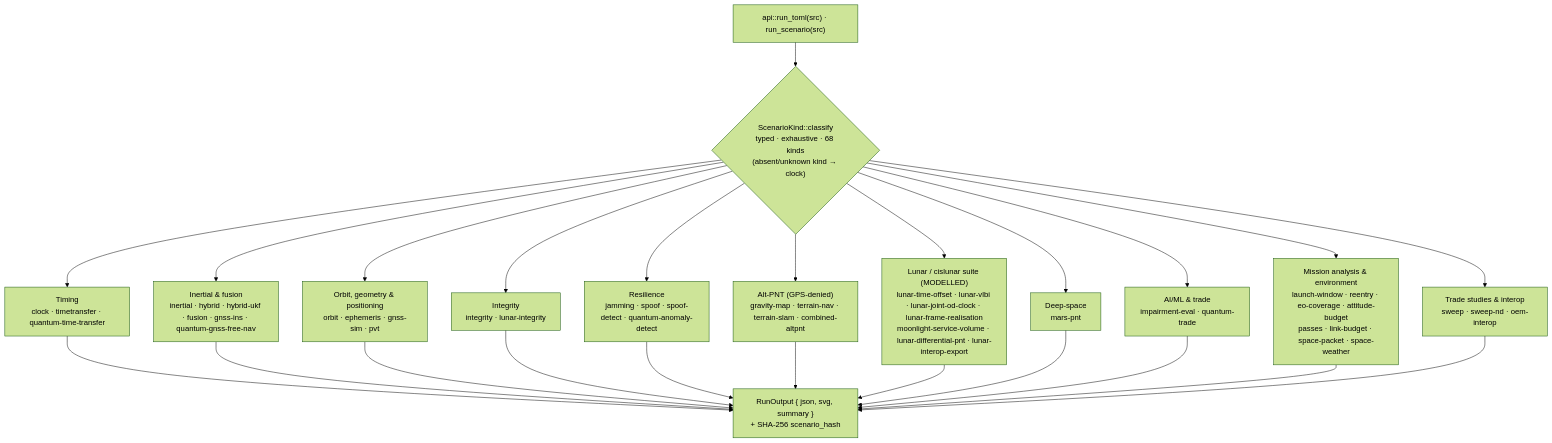
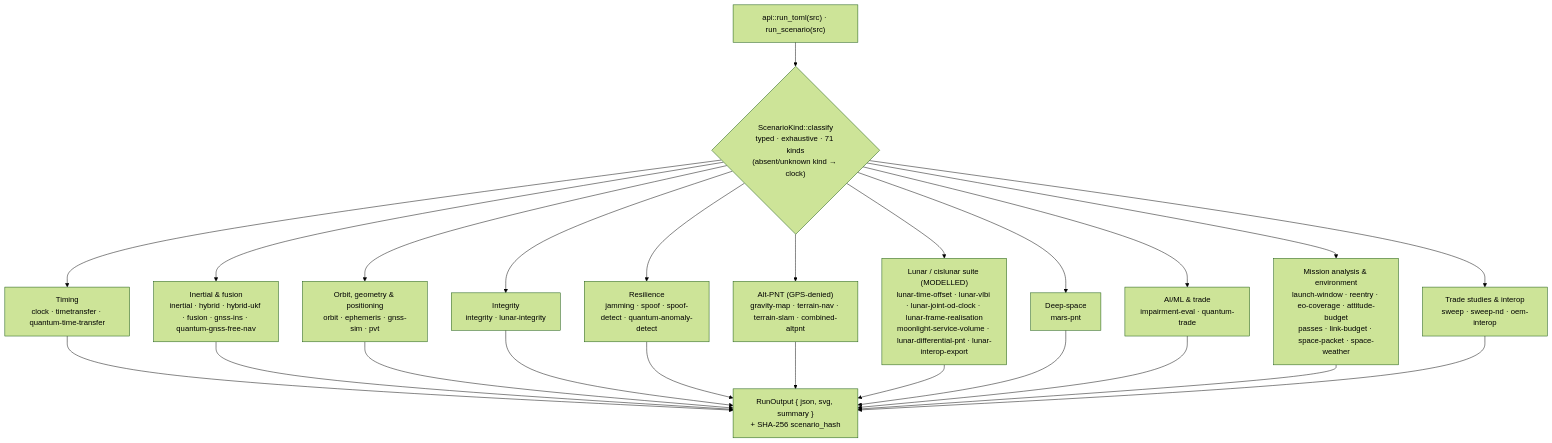
One commit to ashfordeOU/kshana changed the seventh of 11 diagrams in docs/ARCHITECTURE.md. Above: the diagram before and after it, drawn with Mermaid (forest theme). The commit also changed other lines of this file and 62 other files, not shown here.

````diff
--- a/docs/ARCHITECTURE.md
+++ b/docs/ARCHITECTURE.md
@@ -406,16 +406,16 @@
 ```mermaid
 flowchart TD
-    F["api::run_toml(src) · run_scenario(src)"] --> K{"ScenarioKind::classify<br/>typed · exhaustive · 68 kinds<br/>(absent/unknown kind → clock)"}
+    F["api::run_toml(src) · run_scenario(src)"] --> K{"ScenarioKind::classify<br/>typed · exhaustive · 71 kinds<br/>(absent/unknown kind → clock)"}
     K --> G1["Timing<br/>clock · timetransfer · quantum-time-transfer"]
     K --> G2["Inertial & fusion<br/>inertial · hybrid · hybrid-ukf · fusion · gnss-ins · quantum-gnss-free-nav"]
     K --> G3["Orbit, geometry & positioning<br/>orbit · ephemeris · gnss-sim · pvt"]
     K --> G4["Integrity<br/>integrity · lunar-integrity"]
     K --> G5["Resilience<br/>jamming · spoof · spoof-detect · quantum-anomaly-detect"]
     K --> G6["Alt-PNT (GPS-denied)<br/>gravity-map · terrain-nav · terrain-slam · combined-altpnt"]
     K --> G7["Lunar / cislunar suite (MODELLED)<br/>lunar-time-offset · lunar-vlbi · lunar-joint-od-clock · lunar-frame-realisation<br/>moonlight-service-volume · lunar-differential-pnt · lunar-interop-export"]
     K --> G8["Deep-space<br/>mars-pnt"]
     K --> G9["AI/ML & trade<br/>impairment-eval · quantum-trade"]
     K --> G10["Mission analysis & environment<br/>launch-window · reentry · eo-coverage · attitude-budget<br/>passes · link-budget · space-packet · space-weather"]
     K --> G11["Trade studies & interop<br/>sweep · sweep-nd · oem-interop"]
     G1 & G2 & G3 & G4 & G5 & G6 & G7 & G8 & G9 & G10 & G11 --> W["RunOutput { json, svg, summary }<br/>+ SHA-256 scenario_hash"]
 ```
````
